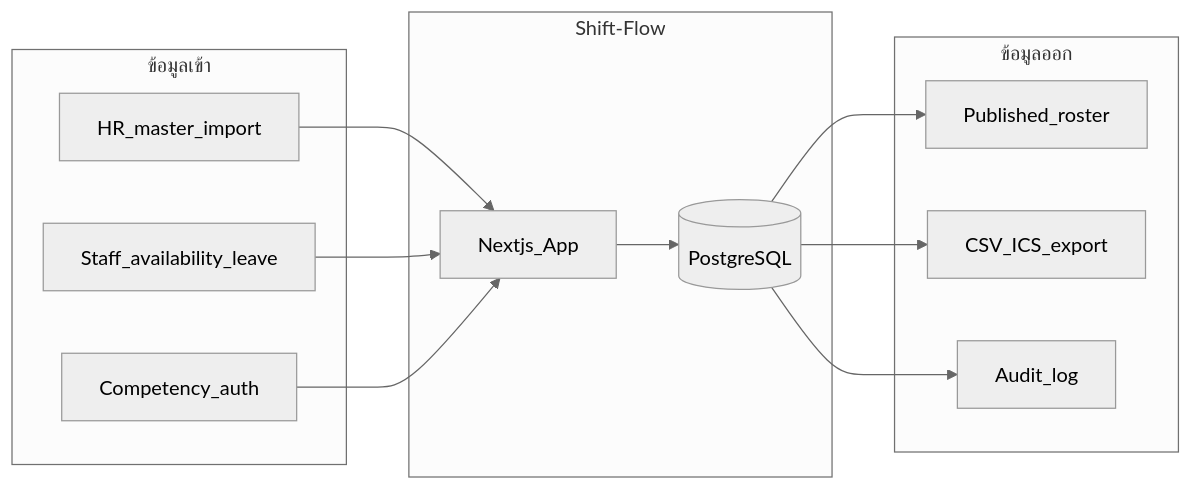
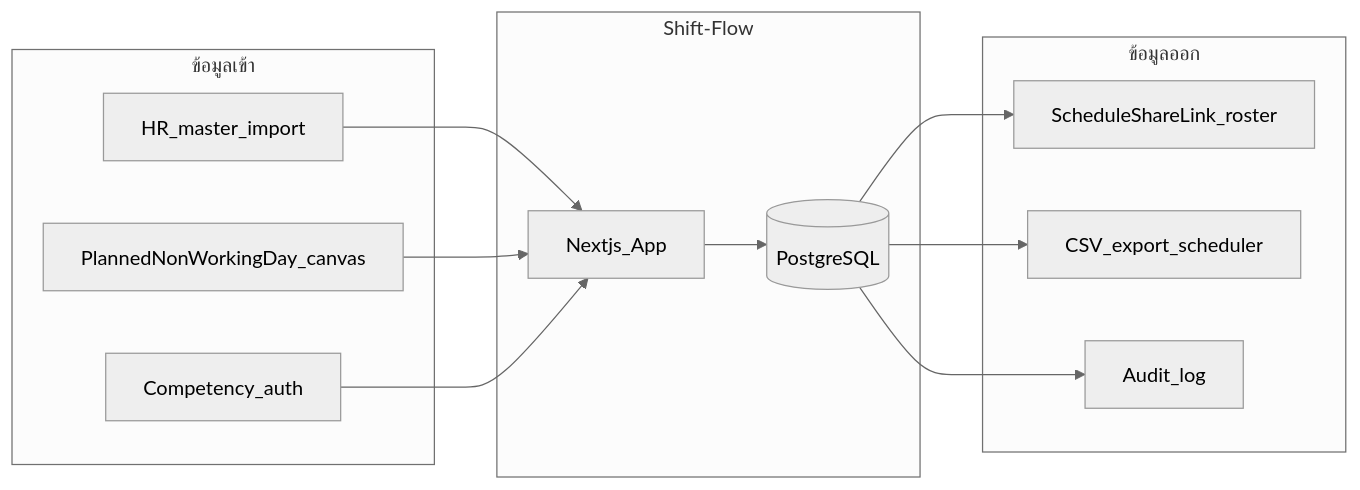
Before and after one commit to AloeThron/shift-flow: the diagram in docs/privacy/data-inventory.md, drawn with Mermaid (neutral theme). The commit also changed other lines of this file and 416 other files, not shown here.

````diff
--- a/docs/privacy/data-inventory.md
+++ b/docs/privacy/data-inventory.md
@@ -100,27 +93,27 @@
 ```mermaid
 flowchart LR
   subgraph Input["ข้อมูลเข้า"]
     HR[HR_master_import]
-    STF[Staff_availability_leave]
+    Canvas[PlannedNonWorkingDay_canvas]
     QA[Competency_auth]
   end
 
   subgraph System["Shift-Flow"]
     DB[(PostgreSQL)]
     APP[Nextjs_App]
   end
 
   subgraph Output["ข้อมูลออก"]
-    ROST[Published_roster]
-    EXP[CSV_ICS_export]
+    Share[ScheduleShareLink_roster]
+    EXP[CSV_export_scheduler]
     AUD[Audit_log]
   end
 
   HR --> APP
-  STF --> APP
+  Canvas --> APP
   QA --> APP
   APP --> DB
-  DB --> ROST
+  DB --> Share
   DB --> EXP
   DB --> AUD
 ```
````
